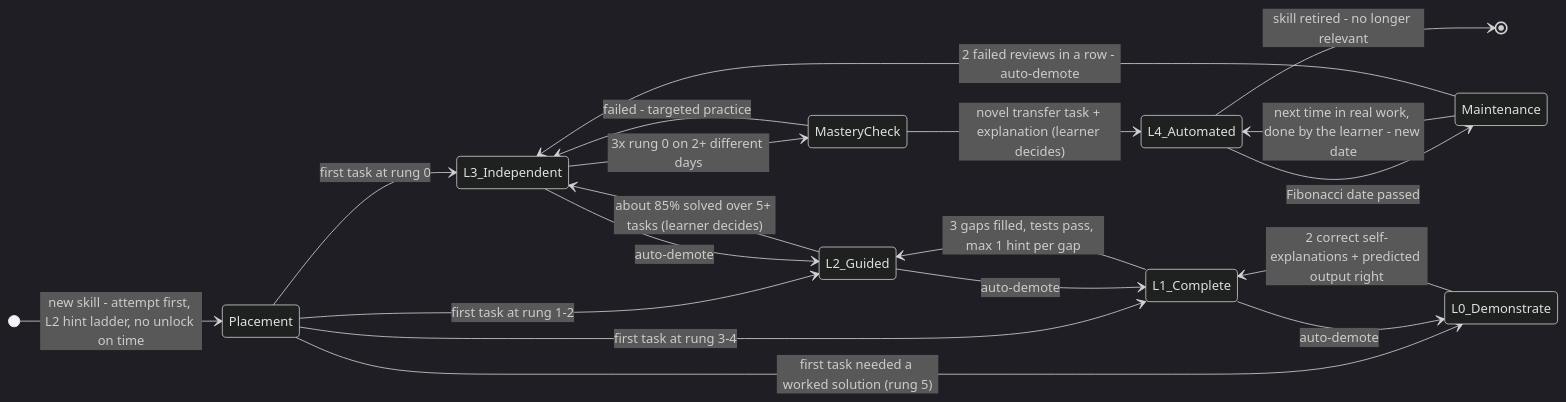
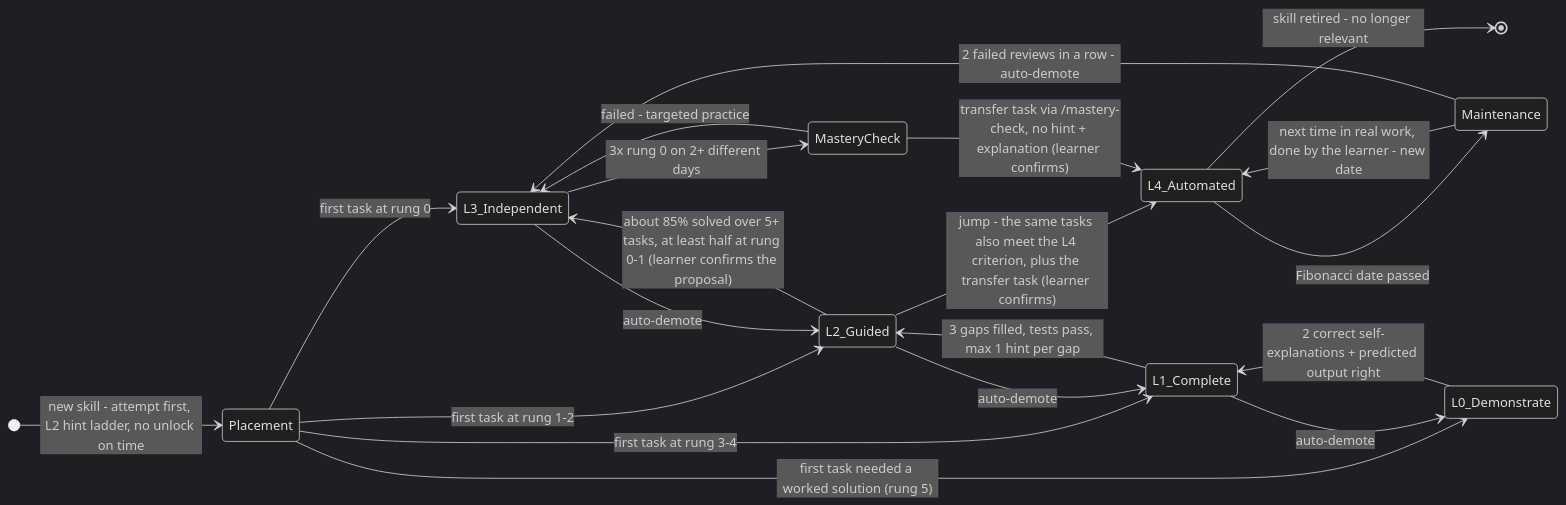
Before and after one commit to piethanegraaf/piethanegraaf.github.io: the second of 14 diagrams in docs/en/research.md, drawn with Mermaid (dark theme). The commit also changed 30 other files, not shown here.

````diff
--- a/docs/en/research.md
+++ b/docs/en/research.md
@@ -788,27 +788,28 @@
 ```mermaid
 stateDiagram-v2
     direction LR
     [*] --> Placement : new skill - attempt first, L2 hint ladder, no unlock on time
 
     Placement --> L3_Independent : first task at rung 0
     Placement --> L2_Guided : first task at rung 1-2
     Placement --> L1_Complete : first task at rung 3-4
     Placement --> L0_Demonstrate : first task needed a worked solution (rung 5)
 
     L0_Demonstrate --> L1_Complete : 2 correct self-explanations + predicted output right
     L1_Complete --> L2_Guided : 3 gaps filled, tests pass, max 1 hint per gap
-    L2_Guided --> L3_Independent : about 85% solved over 5+ tasks (learner decides)
+    L2_Guided --> L3_Independent : about 85% solved over 5+ tasks, at least half at rung 0-1 (learner confirms the proposal)
+    L2_Guided --> L4_Automated : jump - the same tasks also meet the L4 criterion, plus the transfer task (learner confirms)
     L3_Independent --> MasteryCheck : 3x rung 0 on 2+ different days
-    MasteryCheck --> L4_Automated : novel transfer task + explanation (learner decides)
+    MasteryCheck --> L4_Automated : transfer task via /mastery-check, no hint + explanation (learner confirms)
     MasteryCheck --> L3_Independent : failed - targeted practice
 
     L1_Complete --> L0_Demonstrate : auto-demote
     L2_Guided --> L1_Complete : auto-demote
     L3_Independent --> L2_Guided : auto-demote
 
     L4_Automated --> Maintenance : Fibonacci date passed
     Maintenance --> L4_Automated : next time in real work, done by the learner - new date
     Maintenance --> L3_Independent : 2 failed reviews in a row - auto-demote
 
     L4_Automated --> [*] : skill retired - no longer relevant
 ```
````
